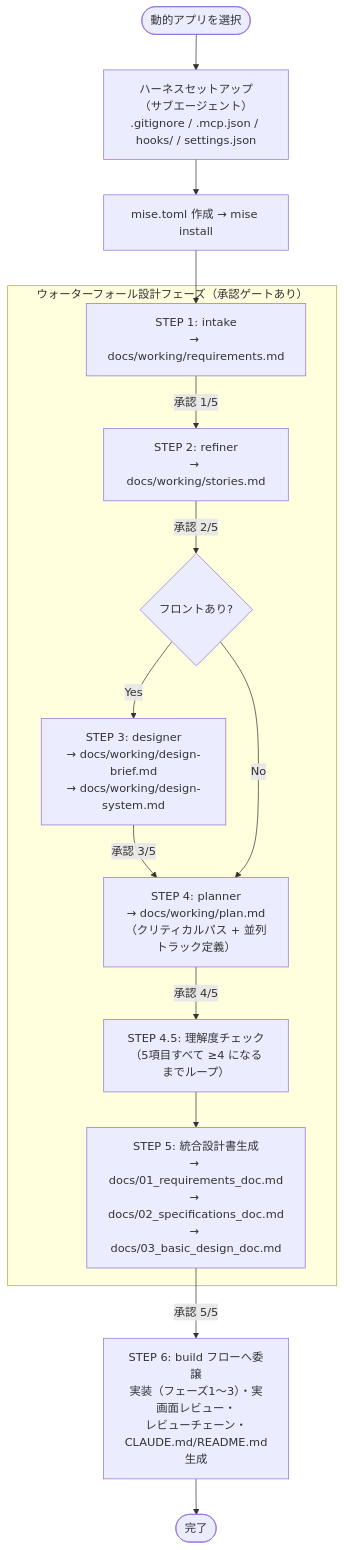
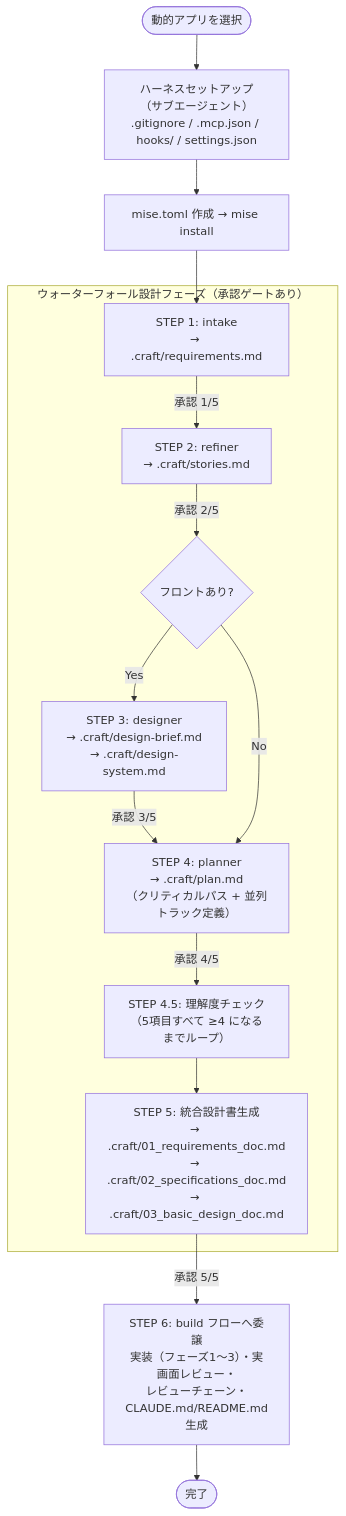
Before and after one commit to agaemo/dotfiles: the diagram in claude/skills/craft/flows/new-project/README.md, drawn with Mermaid. The commit also changed 19 other files, not shown here.

````diff
--- a/claude/skills/craft/flows/new-project/README.md
+++ b/claude/skills/craft/flows/new-project/README.md
@@ -6,31 +6,31 @@
 ```mermaid
 flowchart TD
     START([動的アプリを選択]) --> SETUP
 
     SETUP["ハーネスセットアップ\n（サブエージェント）\n.gitignore / .mcp.json / hooks/ / settings.json"]
     SETUP --> MISE["mise.toml 作成 → mise install"]
     MISE --> S1
 
     subgraph DESIGN["ウォーターフォール設計フェーズ（承認ゲートあり）"]
-        S1["STEP 1: intake\n→ docs/working/requirements.md"]
+        S1["STEP 1: intake\n→ .craft/requirements.md"]
         S1 -->|承認 1/5| S2
-        S2["STEP 2: refiner\n→ docs/working/stories.md"]
+        S2["STEP 2: refiner\n→ .craft/stories.md"]
         S2 -->|承認 2/5| S3_CHECK
 
         S3_CHECK{フロントあり?}
-        S3_CHECK -->|Yes| S3["STEP 3: designer\n→ docs/working/design-brief.md\n→ docs/working/design-system.md"]
+        S3_CHECK -->|Yes| S3["STEP 3: designer\n→ .craft/design-brief.md\n→ .craft/design-system.md"]
         S3 -->|承認 3/5| S4
         S3_CHECK -->|No| S4
 
-        S4["STEP 4: planner\n→ docs/working/plan.md\n（クリティカルパス + 並列トラック定義）"]
+        S4["STEP 4: planner\n→ .craft/plan.md\n（クリティカルパス + 並列トラック定義）"]
         S4 -->|承認 4/5| S45
         S45["STEP 4.5: 理解度チェック\n（5項目すべて ≥4 になるまでループ）"]
         S45 --> S5
     end
 
-    S5["STEP 5: 統合設計書生成\n→ docs/01_requirements_doc.md\n→ docs/02_specifications_doc.md\n→ docs/03_basic_design_doc.md"]
+    S5["STEP 5: 統合設計書生成\n→ .craft/01_requirements_doc.md\n→ .craft/02_specifications_doc.md\n→ .craft/03_basic_design_doc.md"]
     S5 -->|承認 5/5| S6
 
     S6["STEP 6: build フローへ委譲\n実装（フェーズ1〜3）・実画面レビュー・\nレビューチェーン・CLAUDE.md/README.md生成"]
     S6 --> END([完了])
 ```
````
